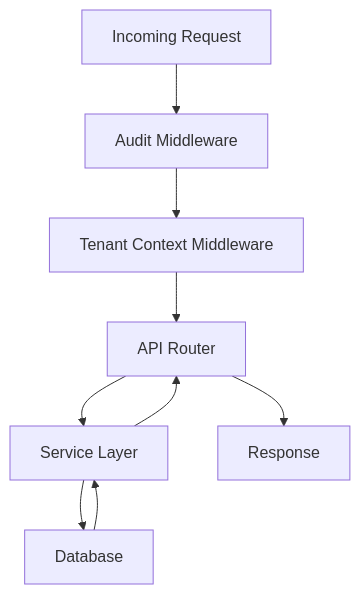
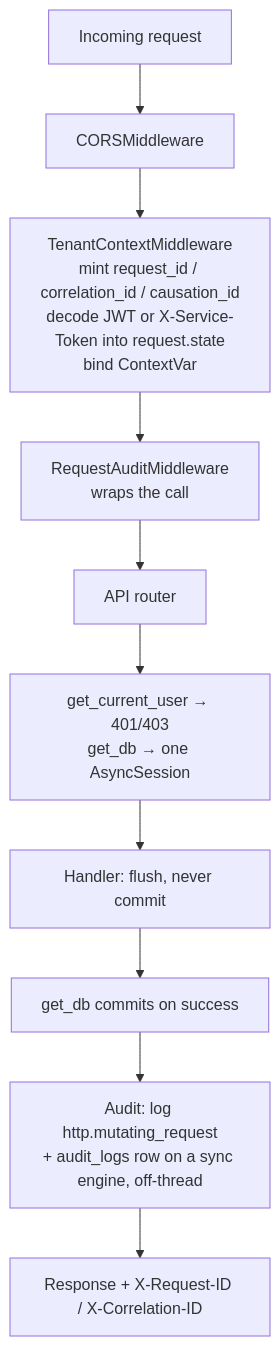
The third of 32 diagrams in docs/15_Project_Flow_Diagrams.md (Valuedx/ContextEdge), drawn with Mermaid before and after one commit. The commit also changed other lines of this file and 48 other files, not shown here.

````diff
--- a/docs/15_Project_Flow_Diagrams.md
+++ b/docs/15_Project_Flow_Diagrams.md
@@ -46,11 +77,12 @@
 ```mermaid
 flowchart TD
-    Req[Incoming Request] --> Audit[Audit Middleware]
-    Audit --> Tenant[Tenant Context Middleware]
-    Tenant --> Router[API Router]
-    Router --> Service[Service Layer]
-    Service --> DB[Database]
-    DB --> Service
-    Service --> Router
-    Router --> Resp[Response]
+    Req[Incoming request] --> CORS[CORSMiddleware]
+    CORS --> Tenant[TenantContextMiddleware<br/>mint request_id / correlation_id / causation_id<br/>decode JWT or X-Service-Token into request.state<br/>bind ContextVar]
+    Tenant --> Audit[RequestAuditMiddleware<br/>wraps the call]
+    Audit --> Router[API router]
+    Router --> Dep[get_current_user → 401/403<br/>get_db → one AsyncSession]
+    Dep --> Handler[Handler: flush, never commit]
+    Handler --> Commit[get_db commits on success]
+    Commit --> AuditW[Audit: log http.mutating_request<br/>+ audit_logs row on a sync engine, off-thread]
+    AuditW --> Resp[Response + X-Request-ID / X-Correlation-ID]
 ```
````
